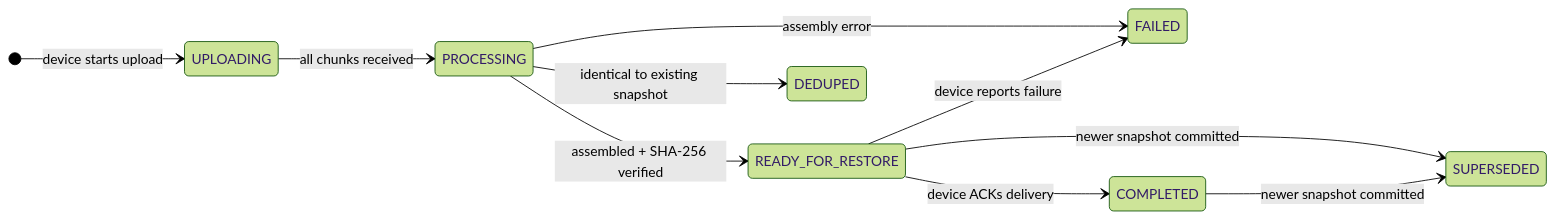
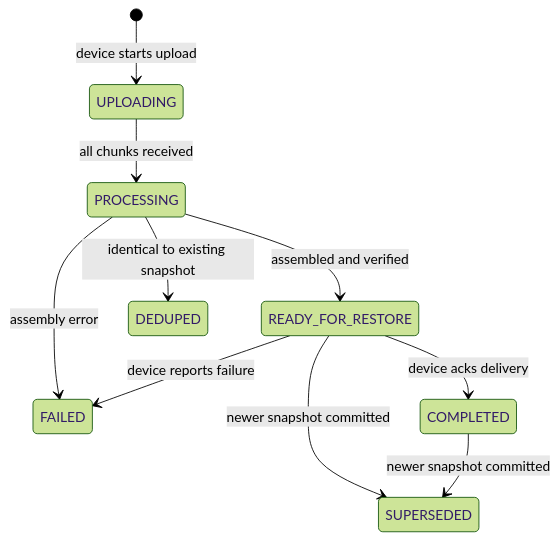
The second of 2 diagrams in README.md (kanjieater/OmniSave), drawn with Mermaid (forest theme) before and after one commit.

Commit message:
fix: remove direction LR and special chars from stateDiagram-v2 blocks
direction LR breaks GitHub mermaid renderer; / and + in labels cause parse errors.

````diff
--- a/README.md
+++ b/README.md
@@ -252,13 +252,12 @@
 ```mermaid
 stateDiagram-v2
-    direction LR
     [*] --> UPLOADING : device starts upload
     UPLOADING --> PROCESSING : all chunks received
-    PROCESSING --> READY_FOR_RESTORE : assembled + SHA-256 verified
+    PROCESSING --> READY_FOR_RESTORE : assembled and verified
     PROCESSING --> DEDUPED : identical to existing snapshot
     PROCESSING --> FAILED : assembly error
-    READY_FOR_RESTORE --> COMPLETED : device ACKs delivery
+    READY_FOR_RESTORE --> COMPLETED : device acks delivery
     READY_FOR_RESTORE --> FAILED : device reports failure
     READY_FOR_RESTORE --> SUPERSEDED : newer snapshot committed
     COMPLETED --> SUPERSEDED : newer snapshot committed
 ```
````
